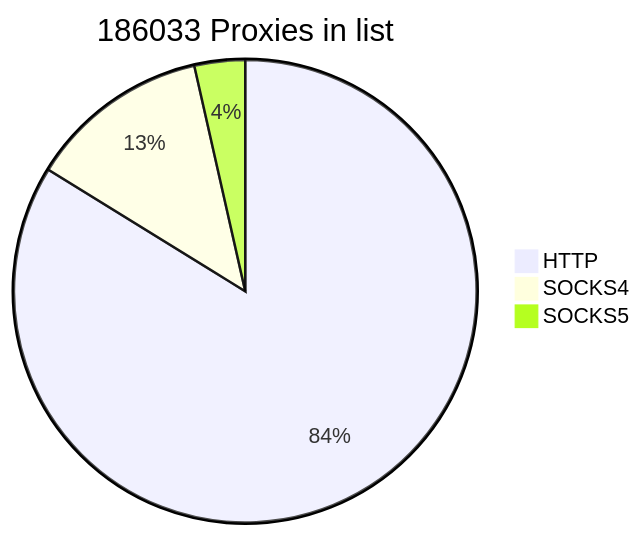
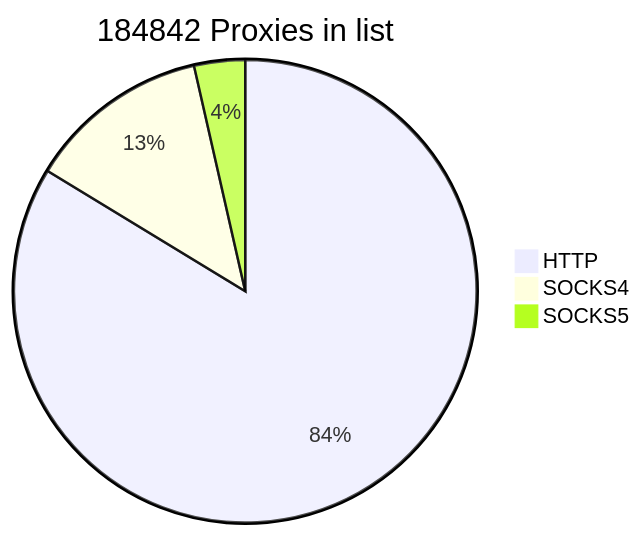
The first of 2 diagrams in README.md (cutipu/proxylist), drawn with Mermaid before and after one commit. The commit also changed other lines of this file, not shown here.

````diff
--- a/README.md
+++ b/README.md
@@ -2,7 +2,7 @@
 ```mermaid
-pie title 186033 Proxies in list
-    "HTTP" : 155903
-    "SOCKS4" : 23549
-    "SOCKS5" : 6581
+pie title 184842 Proxies in list
+    "HTTP" : 154716
+    "SOCKS4" : 23547
+    "SOCKS5" : 6579
             
 ```
````
